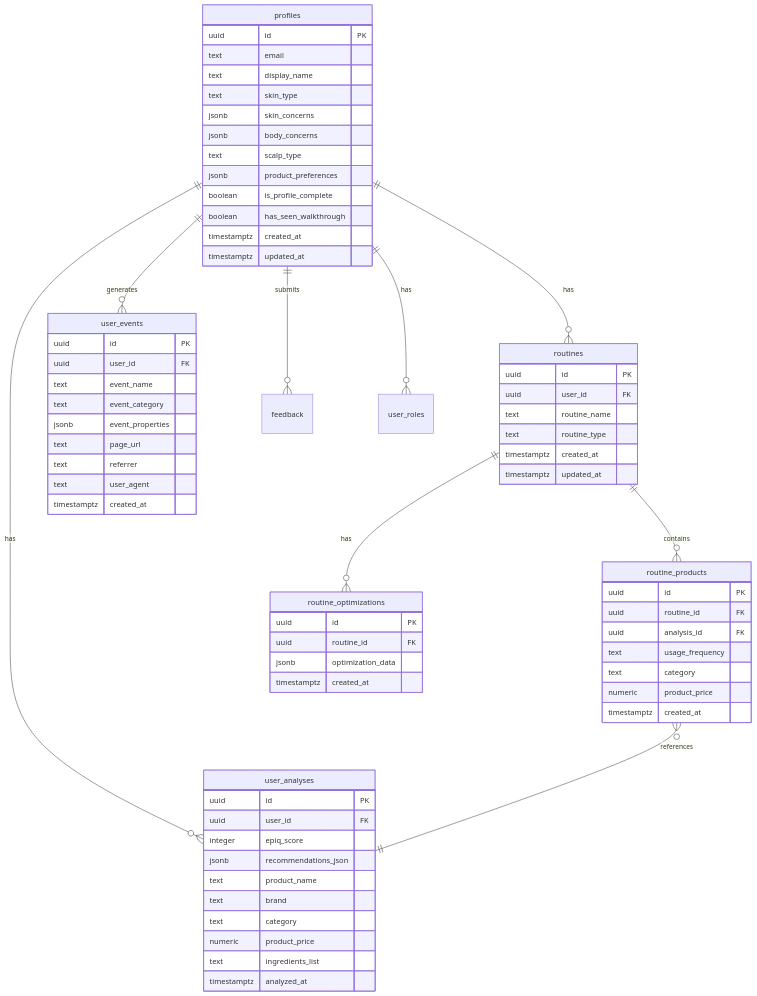
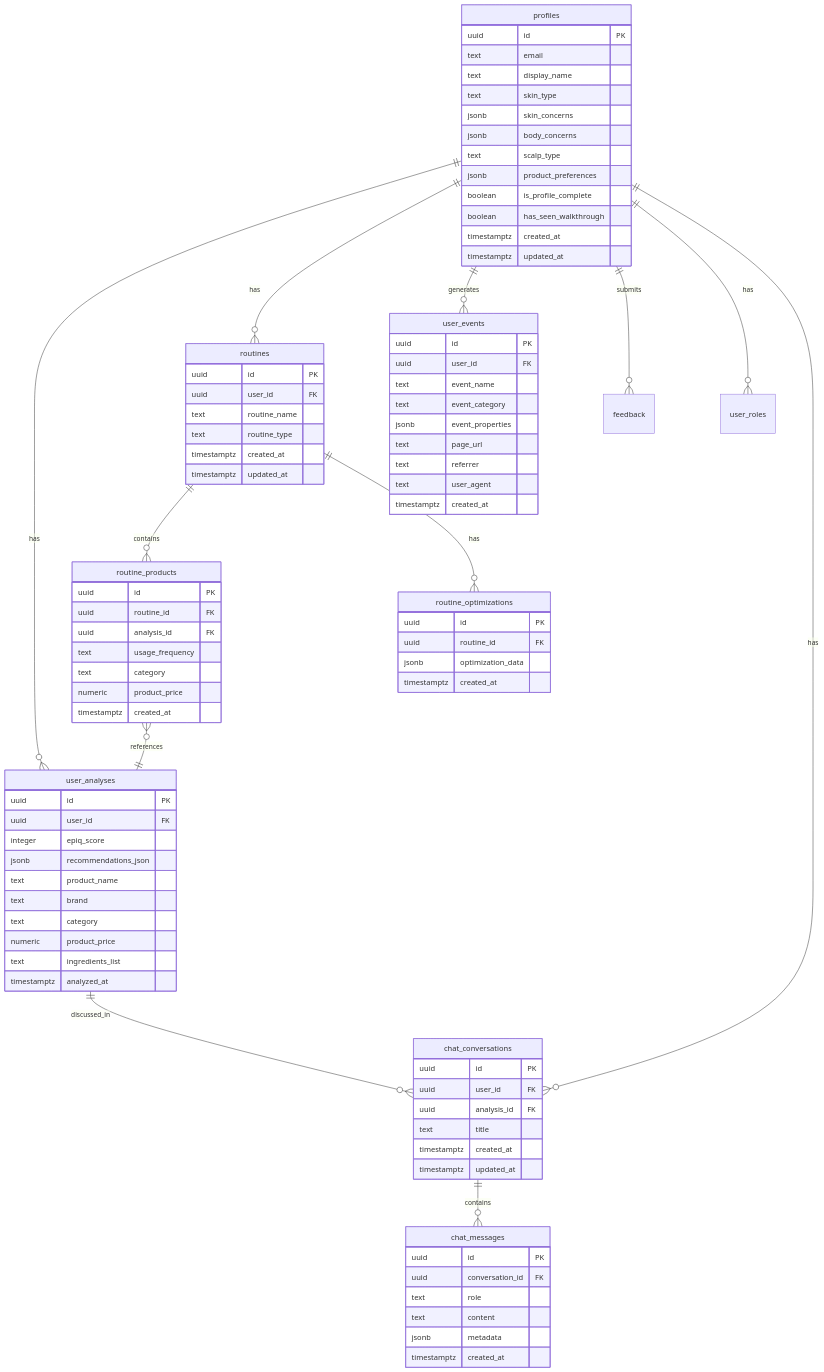
The diagram in docs/technical/Data-Models.md (cedricevans/SkinLytixNew), drawn with Mermaid before and after one commit. The commit also changed other lines of this file and 6 other files, not shown here.

```diff
--- a/docs/technical/Data-Models.md
+++ b/docs/technical/Data-Models.md
@@ -30,11 +30,33 @@
     profiles ||--o{ user_events : generates
     profiles ||--o{ feedback : submits
     profiles ||--o{ user_roles : has
+    profiles ||--o{ chat_conversations : has
+    
+    user_analyses ||--o{ chat_conversations : discussed_in
+    chat_conversations ||--o{ chat_messages : contains
     
     routines ||--o{ routine_products : contains
     routines ||--o{ routine_optimizations : has
     
     routine_products }o--|| user_analyses : references
+    
+    chat_conversations {
+        uuid id PK
+        uuid user_id FK
+        uuid analysis_id FK
+        text title
+        timestamptz created_at
+        timestamptz updated_at
+    }
+    
+    chat_messages {
+        uuid id PK
+        uuid conversation_id FK
+        text role
+        text content
+        jsonb metadata
+        timestamptz created_at
+    }
     
     user_analyses {
         uuid id PK
```
